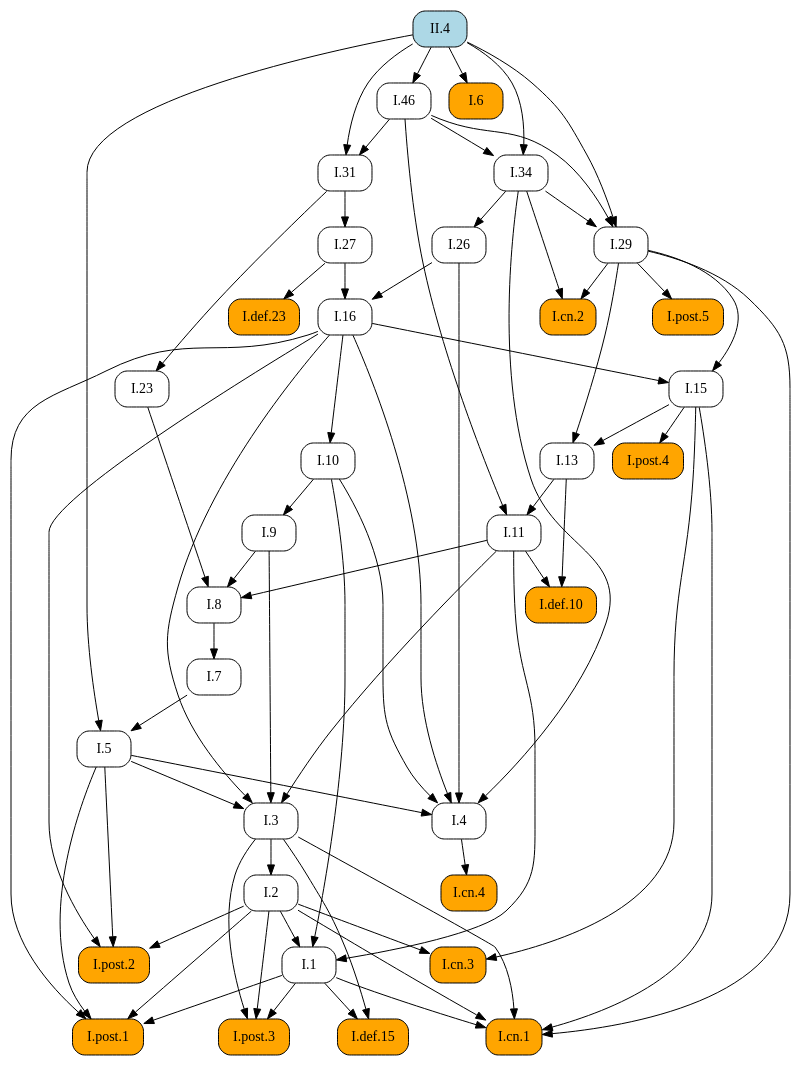
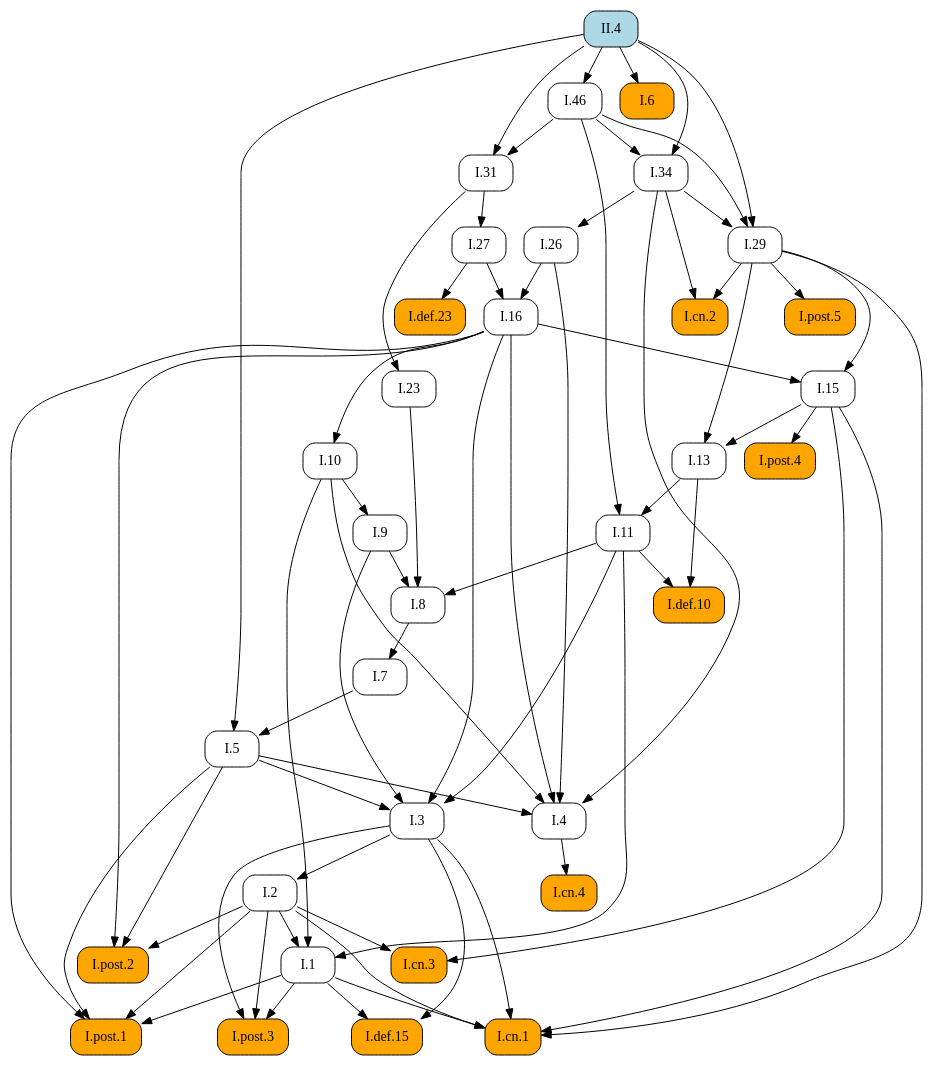
The diagram in docsrc/elements2/II/4/index.rst (geometor/elements), drawn with Graphviz before and after one commit. The commit also changed other lines of this file and 409 other files, not shown here.

First line of the commit message:
feat: Add image cropping and graphic extraction script

```diff
--- a/docsrc/elements2/II/4/index.rst
+++ b/docsrc/elements2/II/4/index.rst
@@ -113,106 +113,106 @@
    digraph {
      rankdir="TB";
      node [shape=box, style=rounded];
+     "I.31" [URL="/elements2/I/31/", target="_top"];
      "I.8" [URL="/elements2/I/8/", target="_top"];
+     "I.5" [URL="/elements2/I/5/", target="_top"];
+     "I.15" [URL="/elements2/I/15/", target="_top"];
+     "I.26" [URL="/elements2/I/26/", target="_top"];
+     "I.cn.1" [style="rounded,filled", fillcolor=orange, URL="/elements2/I/cn.1/", target="_top"];
+     "I.7" [URL="/elements2/I/7/", target="_top"];
+     "I.23" [URL="/elements2/I/23/", target="_top"];
+     "II.4" [style="rounded,filled", fillcolor=lightblue, URL="/elements2/II/4/", target="_top"];
+     "I.16" [URL="/elements2/I/16/", target="_top"];
+     "I.34" [URL="/elements2/I/34/", target="_top"];
+     "I.6" [style="rounded,filled", fillcolor=orange, URL="/elements2/I/6/", target="_top"];
+     "I.def.15" [style="rounded,filled", fillcolor=orange, URL="/elements2/I/def.15/", target="_top"];
      "I.46" [URL="/elements2/I/46/", target="_top"];
+     "I.def.10" [style="rounded,filled", fillcolor=orange, URL="/elements2/I/def.10/", target="_top"];
+     "I.11" [URL="/elements2/I/11/", target="_top"];
+     "I.post.4" [style="rounded,filled", fillcolor=orange, URL="/elements2/I/post.4/", target="_top"];
+     "I.def.23" [style="rounded,filled", fillcolor=orange, URL="/elements2/I/def.23/", target="_top"];
+     "I.post.5" [style="rounded,filled", fillcolor=orange, URL="/elements2/I/post.5/", target="_top"];
+     "I.3" [URL="/elements2/I/3/", target="_top"];
+     "I.10" [URL="/elements2/I/10/", target="_top"];
+     "I.cn.3" [style="rounded,filled", fillcolor=orange, URL="/elements2/I/cn.3/", target="_top"];
+     "I.13" [URL="/elements2/I/13/", target="_top"];
+     "I.4" [URL="/elements2/I/4/", target="_top"];
+     "I.post.3" [style="rounded,filled", fillcolor=orange, URL="/elements2/I/post.3/", target="_top"];
+     "I.9" [URL="/elements2/I/9/", target="_top"];
+     "I.29" [URL="/elements2/I/29/", target="_top"];
      "I.post.1" [style="rounded,filled", fillcolor=orange, URL="/elements2/I/post.1/", target="_top"];
-     "I.5" [URL="/elements2/I/5/", target="_top"];
-     "I.post.5" [style="rounded,filled", fillcolor=orange, URL="/elements2/I/post.5/", target="_top"];
-     "I.def.10" [style="rounded,filled", fillcolor=orange, URL="/elements2/I/def.10/", target="_top"];
-     "I.cn.2" [style="rounded,filled", fillcolor=orange, URL="/elements2/I/cn.2/", target="_top"];
-     "I.def.15" [style="rounded,filled", fillcolor=orange, URL="/elements2/I/def.15/", target="_top"];
-     "I.31" [URL="/elements2/I/31/", target="_top"];
-     "I.11" [URL="/elements2/I/11/", target="_top"];
-     "II.4" [style="rounded,filled", fillcolor=lightblue, URL="/elements2/II/4/", target="_top"];
-     "I.3" [URL="/elements2/I/3/", target="_top"];
-     "I.post.2" [style="rounded,filled", fillcolor=orange, URL="/elements2/I/post.2/", target="_top"];
-     "I.def.23" [style="rounded,filled", fillcolor=orange, URL="/elements2/I/def.23/", target="_top"];
-     "I.6" [style="rounded,filled", fillcolor=orange, URL="/elements2/I/6/", target="_top"];
-     "I.26" [URL="/elements2/I/26/", target="_top"];
-     "I.cn.3" [style="rounded,filled", fillcolor=orange, URL="/elements2/I/cn.3/", target="_top"];
-     "I.cn.4" [style="rounded,filled", fillcolor=orange, URL="/elements2/I/cn.4/", target="_top"];
-     "I.1" [URL="/elements2/I/1/", target="_top"];
-     "I.7" [URL="/elements2/I/7/", target="_top"];
-     "I.9" [URL="/elements2/I/9/", target="_top"];
-     "I.cn.1" [style="rounded,filled", fillcolor=orange, URL="/elements2/I/cn.1/", target="_top"];
-     "I.29" [URL="/elements2/I/29/", target="_top"];
-     "I.post.4" [style="rounded,filled", fillcolor=orange, URL="/elements2/I/post.4/", target="_top"];
-     "I.16" [URL="/elements2/I/16/", target="_top"];
-     "I.13" [URL="/elements2/I/13/", target="_top"];
      "I.2" [URL="/elements2/I/2/", target="_top"];
      "I.27" [URL="/elements2/I/27/", target="_top"];
-     "I.4" [URL="/elements2/I/4/", target="_top"];
-     "I.10" [URL="/elements2/I/10/", target="_top"];
-     "I.15" [URL="/elements2/I/15/", target="_top"];
-     "I.34" [URL="/elements2/I/34/", target="_top"];
-     "I.23" [URL="/elements2/I/23/", target="_top"];
-     "I.post.3" [style="rounded,filled", fillcolor=orange, URL="/elements2/I/post.3/", target="_top"];
+     "I.cn.4" [style="rounded,filled", fillcolor=orange, URL="/elements2/I/cn.4/", target="_top"];
+     "I.cn.2" [style="rounded,filled", fillcolor=orange, URL="/elements2/I/cn.2/", target="_top"];
+     "I.1" [URL="/elements2/I/1/", target="_top"];
+     "I.post.2" [style="rounded,filled", fillcolor=orange, URL="/elements2/I/post.2/", target="_top"];
+     "I.46" -> "I.31";
+     "II.4" -> "I.31";
      "I.9" -> "I.8";
      "I.11" -> "I.8";
      "I.23" -> "I.8";
-     "II.4" -> "I.46";
-     "I.1" -> "I.post.1";
-     "I.2" -> "I.post.1";
-     "I.5" -> "I.post.1";
-     "I.16" -> "I.post.1";
      "I.7" -> "I.5";
      "II.4" -> "I.5";
-     "I.29" -> "I.post.5";
-     "I.11" -> "I.def.10";
-     "I.13" -> "I.def.10";
-     "I.29" -> "I.cn.2";
-     "I.34" -> "I.cn.2";
-     "I.1" -> "I.def.15";
-     "I.3" -> "I.def.15";
-     "I.46" -> "I.31";
-     "II.4" -> "I.31";
-     "I.13" -> "I.11";
-     "I.46" -> "I.11";
-     "I.5" -> "I.3";
-     "I.9" -> "I.3";
-     "I.11" -> "I.3";
-     "I.16" -> "I.3";
-     "I.2" -> "I.post.2";
-     "I.5" -> "I.post.2";
-     "I.16" -> "I.post.2";
-     "I.27" -> "I.def.23";
-     "II.4" -> "I.6";
+     "I.16" -> "I.15";
+     "I.29" -> "I.15";
      "I.34" -> "I.26";
-     "I.2" -> "I.cn.3";
-     "I.15" -> "I.cn.3";
-     "I.4" -> "I.cn.4";
-     "I.2" -> "I.1";
-     "I.10" -> "I.1";
-     "I.11" -> "I.1";
-     "I.8" -> "I.7";
-     "I.10" -> "I.9";
      "I.1" -> "I.cn.1";
      "I.2" -> "I.cn.1";
      "I.3" -> "I.cn.1";
      "I.15" -> "I.cn.1";
      "I.29" -> "I.cn.1";
-     "I.34" -> "I.29";
-     "I.46" -> "I.29";
-     "II.4" -> "I.29";
-     "I.15" -> "I.post.4";
+     "I.8" -> "I.7";
+     "I.31" -> "I.23";
      "I.26" -> "I.16";
      "I.27" -> "I.16";
+     "I.46" -> "I.34";
+     "II.4" -> "I.34";
+     "II.4" -> "I.6";
+     "I.1" -> "I.def.15";
+     "I.3" -> "I.def.15";
+     "II.4" -> "I.46";
+     "I.11" -> "I.def.10";
+     "I.13" -> "I.def.10";
+     "I.13" -> "I.11";
+     "I.46" -> "I.11";
+     "I.15" -> "I.post.4";
+     "I.27" -> "I.def.23";
+     "I.29" -> "I.post.5";
+     "I.5" -> "I.3";
+     "I.9" -> "I.3";
+     "I.11" -> "I.3";
+     "I.16" -> "I.3";
+     "I.16" -> "I.10";
+     "I.2" -> "I.cn.3";
+     "I.15" -> "I.cn.3";
      "I.15" -> "I.13";
      "I.29" -> "I.13";
-     "I.3" -> "I.2";
-     "I.31" -> "I.27";
      "I.5" -> "I.4";
      "I.10" -> "I.4";
      "I.16" -> "I.4";
      "I.26" -> "I.4";
      "I.34" -> "I.4";
-     "I.16" -> "I.10";
-     "I.16" -> "I.15";
-     "I.29" -> "I.15";
-     "I.46" -> "I.34";
-     "II.4" -> "I.34";
-     "I.31" -> "I.23";
      "I.1" -> "I.post.3";
      "I.2" -> "I.post.3";
      "I.3" -> "I.post.3";
+     "I.10" -> "I.9";
+     "I.34" -> "I.29";
+     "I.46" -> "I.29";
+     "II.4" -> "I.29";
+     "I.1" -> "I.post.1";
+     "I.2" -> "I.post.1";
+     "I.5" -> "I.post.1";
+     "I.16" -> "I.post.1";
+     "I.3" -> "I.2";
+     "I.31" -> "I.27";
+     "I.4" -> "I.cn.4";
+     "I.29" -> "I.cn.2";
+     "I.34" -> "I.cn.2";
+     "I.2" -> "I.1";
+     "I.10" -> "I.1";
+     "I.11" -> "I.1";
+     "I.2" -> "I.post.2";
+     "I.5" -> "I.post.2";
+     "I.16" -> "I.post.2";
    }
```
